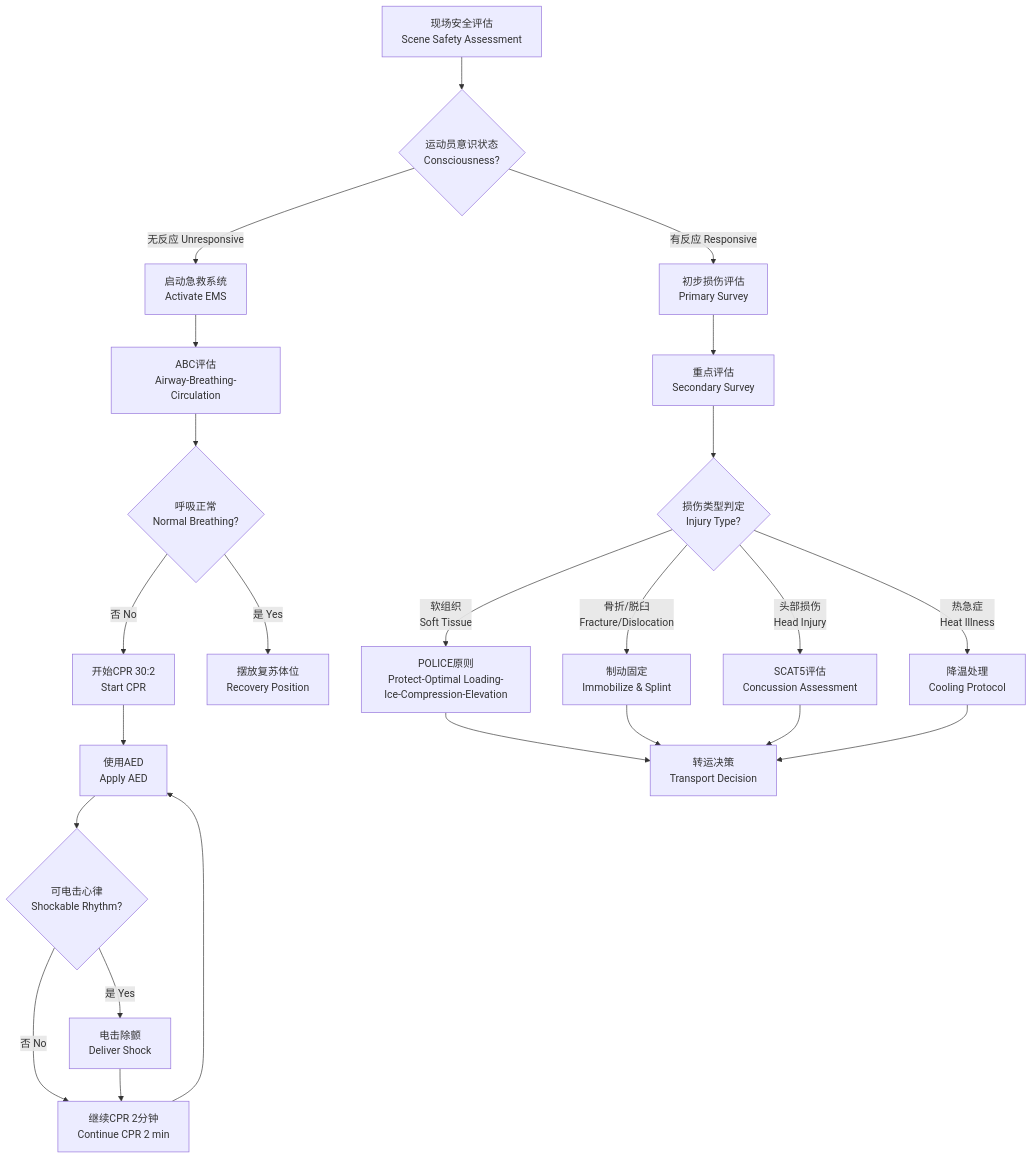
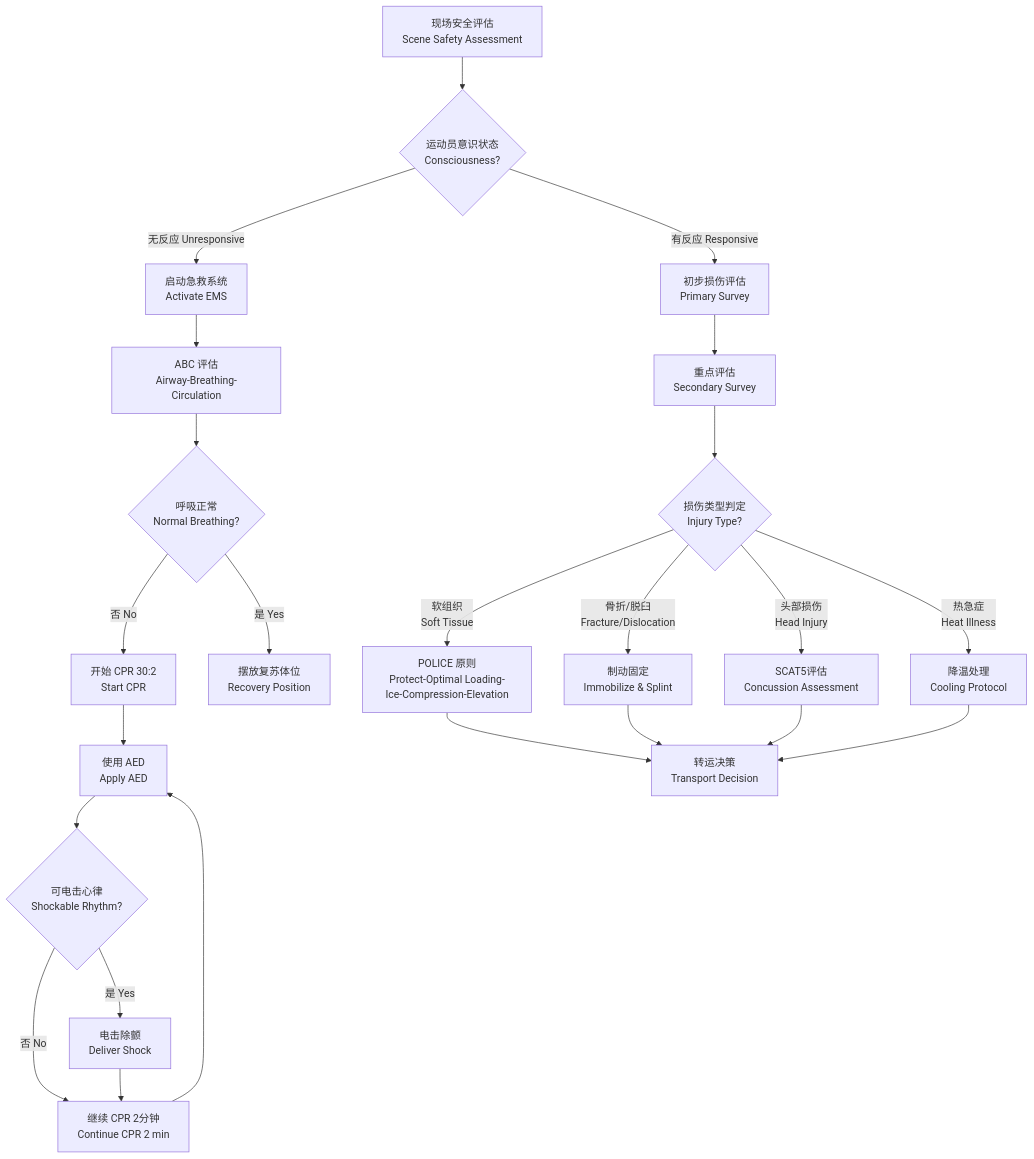
The diagram in 12_SportsScience/SportsMedicine/FirstAidInSports.md (Tianshang301/TianshangKnowledgeBase), drawn with Mermaid before and after one commit. The commit also changed other lines of this file and 2257 other files, not shown here.

````diff
--- a/12_SportsScience/SportsMedicine/FirstAidInSports.md
+++ b/12_SportsScience/SportsMedicine/FirstAidInSports.md
@@ -14,26 +16,26 @@
 ```mermaid
 flowchart TD
   A["现场安全评估<br/>Scene Safety Assessment"] --> B{"运动员意识状态<br/>Consciousness?"}
   B -->|"无反应 Unresponsive"| C["启动急救系统<br/>Activate EMS"]
   B -->|"有反应 Responsive"| D["初步损伤评估<br/>Primary Survey"]
-  C --> E["ABC评估<br/>Airway-Breathing-Circulation"]
+  C --> E["ABC 评估<br/>Airway-Breathing-Circulation"]
   E --> F{"呼吸正常<br/>Normal Breathing?"}
-  F -->|"否 No"| G["开始CPR 30:2<br/>Start CPR"]
+  F -->|"否 No"| G["开始 CPR 30:2<br/>Start CPR"]
   F -->|"是 Yes"| H["摆放复苏体位<br/>Recovery Position"]
-  G --> I["使用AED<br/>Apply AED"]
+  G --> I["使用 AED<br/>Apply AED"]
   I --> J{"可电击心律<br/>Shockable Rhythm?"}
   J -->|"是 Yes"| K["电击除颤<br/>Deliver Shock"]
-  J -->|"否 No"| L["继续CPR 2分钟<br/>Continue CPR 2 min"]
+  J -->|"否 No"| L["继续 CPR 2分钟<br/>Continue CPR 2 min"]
   K --> L
   L --> I
   D --> M["重点评估<br/>Secondary Survey"]
   M --> N{"损伤类型判定<br/>Injury Type?"}
-  N -->|"软组织<br/>Soft Tissue"| O["POLICE原则<br/>Protect-Optimal Loading-Ice-Compression-Elevation"]
+  N -->|"软组织<br/>Soft Tissue"| O["POLICE 原则<br/>Protect-Optimal Loading-Ice-Compression-Elevation"]
   N -->|"骨折/脱臼<br/>Fracture/Dislocation"| P["制动固定<br/>Immobilize & Splint"]
   N -->|"头部损伤<br/>Head Injury"| Q["SCAT5评估<br/>Concussion Assessment"]
   N -->|"热急症<br/>Heat Illness"| R["降温处理<br/>Cooling Protocol"]
   O --> S["转运决策<br/>Transport Decision"]
   P --> S
   Q --> S
   R --> S
 ```
````
